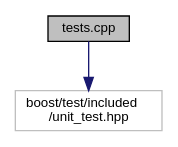
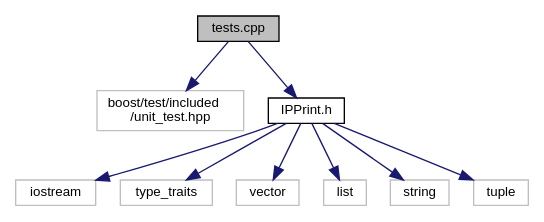
The diagram in tests_8cpp__incl.dot (Nik3991/Nik3991.github.io), drawn with Graphviz before and after one commit. The commit also changed 4 other files, not shown here.

```diff
--- a/tests_8cpp__incl.dot
+++ b/tests_8cpp__incl.dot
@@ -1,8 +1,22 @@
 digraph "tests.cpp"
 {
   edge [fontname="Helvetica",fontsize="10",labelfontname="Helvetica",labelfontsize="10"];
   node [fontname="Helvetica",fontsize="10",shape=record];
   Node1 [label="tests.cpp",height=0.2,width=0.4,color="black", fillcolor="grey75", style="filled", fontcolor="black"];
   Node1 -> Node2 [color="midnightblue",fontsize="10",style="solid",fontname="Helvetica"];
   Node2 [label="boost/test/included\l/unit_test.hpp",height=0.2,width=0.4,color="grey75", fillcolor="white", style="filled"];
+  Node1 -> Node3 [color="midnightblue",fontsize="10",style="solid",fontname="Helvetica"];
+  Node3 [label="IPPrint.h",height=0.2,width=0.4,color="black", fillcolor="white", style="filled",URL="$_i_p_print_8h.html"];
+  Node3 -> Node4 [color="midnightblue",fontsize="10",style="solid",fontname="Helvetica"];
+  Node4 [label="iostream",height=0.2,width=0.4,color="grey75", fillcolor="white", style="filled"];
+  Node3 -> Node5 [color="midnightblue",fontsize="10",style="solid",fontname="Helvetica"];
+  Node5 [label="type_traits",height=0.2,width=0.4,color="grey75", fillcolor="white", style="filled"];
+  Node3 -> Node6 [color="midnightblue",fontsize="10",style="solid",fontname="Helvetica"];
+  Node6 [label="vector",height=0.2,width=0.4,color="grey75", fillcolor="white", style="filled"];
+  Node3 -> Node7 [color="midnightblue",fontsize="10",style="solid",fontname="Helvetica"];
+  Node7 [label="list",height=0.2,width=0.4,color="grey75", fillcolor="white", style="filled"];
+  Node3 -> Node8 [color="midnightblue",fontsize="10",style="solid",fontname="Helvetica"];
+  Node8 [label="string",height=0.2,width=0.4,color="grey75", fillcolor="white", style="filled"];
+  Node3 -> Node9 [color="midnightblue",fontsize="10",style="solid",fontname="Helvetica"];
+  Node9 [label="tuple",height=0.2,width=0.4,color="grey75", fillcolor="white", style="filled"];
 }
```
